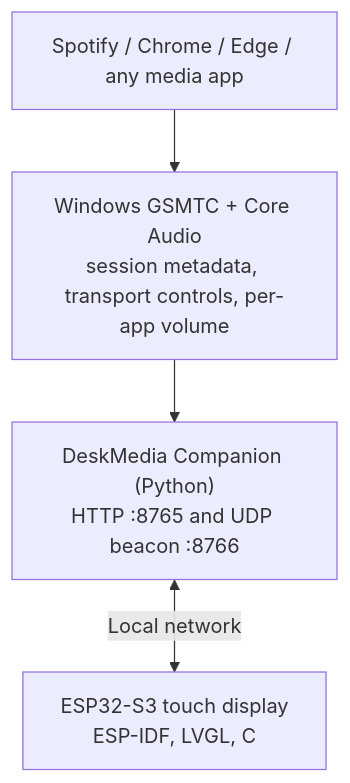
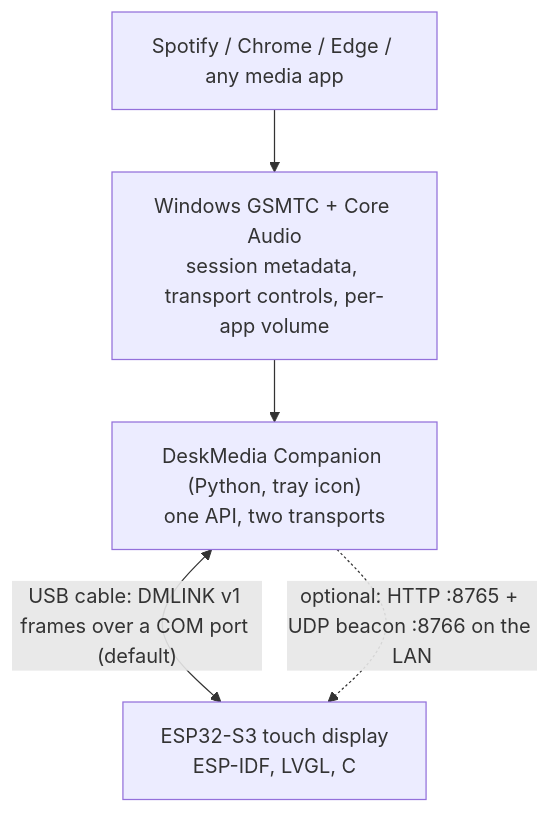
One commit to shayansharif532/ESP-32-Music-Displayer changed the diagram in README.md. Above: the diagram before and after it, drawn with Mermaid. The commit also changed other lines of this file and 4 other files, not shown here.

Commit message:
docs: README first-time setup and everyday use, architecture and protocol for the two transports, troubleshooting, updating

````diff
--- a/README.md
+++ b/README.md
@@ -65,6 +75,7 @@
 ```mermaid
 flowchart TD
     A["Spotify / Chrome / Edge / any media app"] --> B["Windows GSMTC + Core Audio<br/>session metadata, transport controls, per-app volume"]
-    B --> C["DeskMedia Companion (Python)<br/>HTTP :8765 and UDP beacon :8766"]
-    C <-->|"Local network"| D["ESP32-S3 touch display<br/>ESP-IDF, LVGL, C"]
+    B --> C["DeskMedia Companion (Python, tray icon)<br/>one API, two transports"]
+    C <-->|"USB cable: DMLINK v1 frames over a COM port (default)"| D["ESP32-S3 touch display<br/>ESP-IDF, LVGL, C"]
+    C -.->|"optional: HTTP :8765 + UDP beacon :8766 on the LAN"| D
 ```
````
